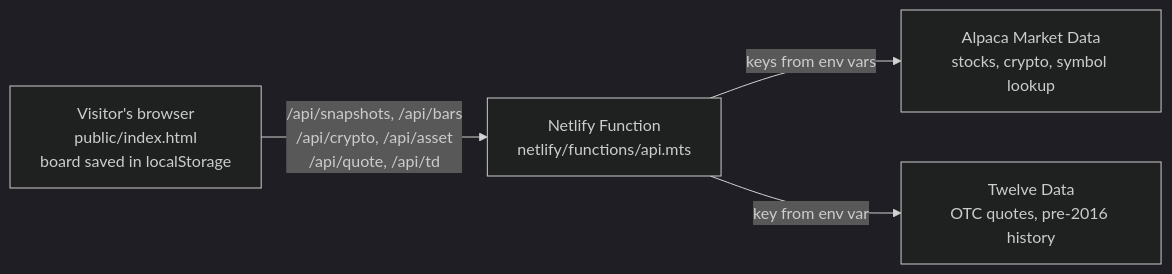
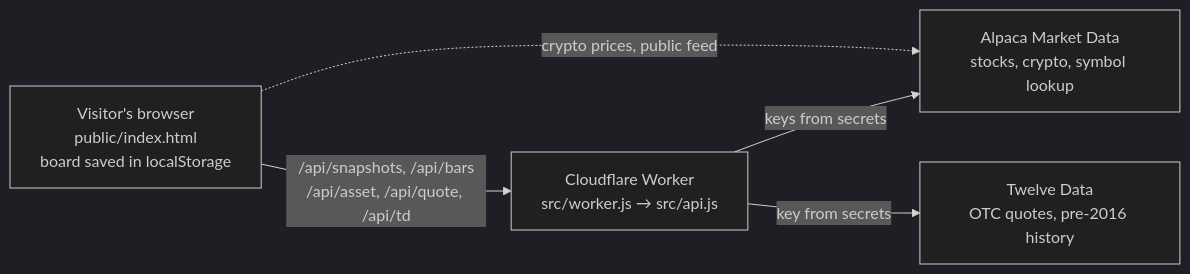
One commit to manoharhunt25/STOCK-WATCH changed the diagram in README.md. Above: the diagram before and after it, drawn with Mermaid (dark theme). The commit also changed other lines of this file, not shown here.

First line of the commit message:
docs: document Cloudflare hosting, shared API and refresh rates

````diff
--- a/README.md
+++ b/README.md
@@ -28,6 +28,7 @@
 ```mermaid
 flowchart LR
-    B[Visitor's browser<br/>public/index.html<br/>board saved in localStorage] -->|/api/snapshots, /api/bars<br/>/api/crypto, /api/asset<br/>/api/quote, /api/td| F[Netlify Function<br/>netlify/functions/api.mts]
-    F -->|keys from env vars| A[Alpaca Market Data<br/>stocks, crypto, symbol lookup]
-    F -->|key from env var| T[Twelve Data<br/>OTC quotes, pre-2016 history]
+    B[Visitor's browser<br/>public/index.html<br/>board saved in localStorage] -->|/api/snapshots, /api/bars<br/>/api/asset, /api/quote, /api/td| W[Cloudflare Worker<br/>src/worker.js → src/api.js]
+    B -.->|crypto prices, public feed| A
+    W -->|keys from secrets| A[Alpaca Market Data<br/>stocks, crypto, symbol lookup]
+    W -->|key from secrets| T[Twelve Data<br/>OTC quotes, pre-2016 history]
 ```
````
